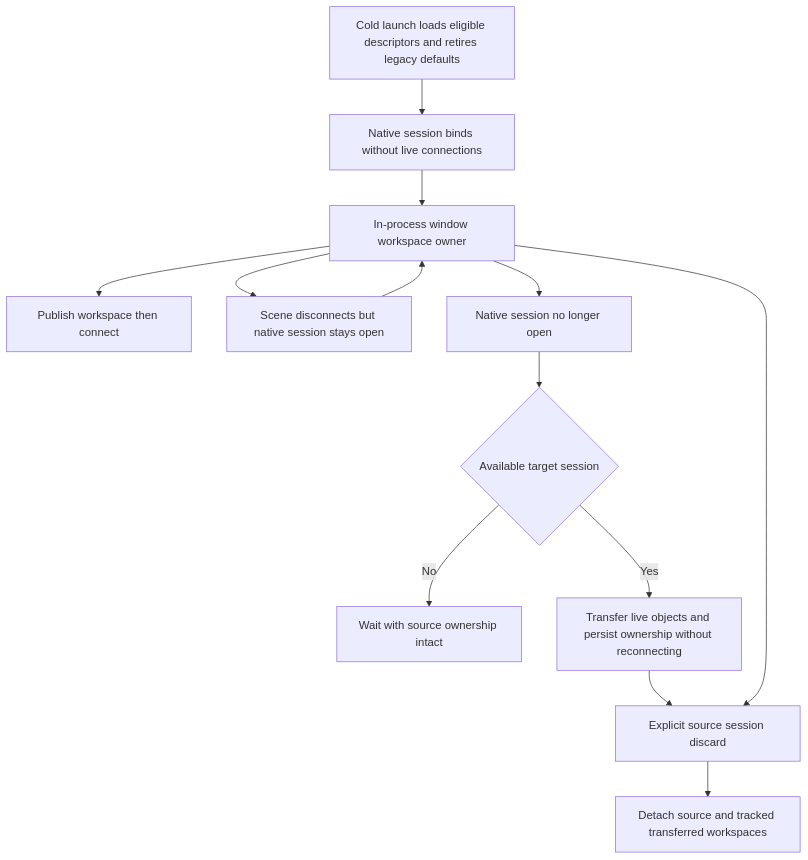
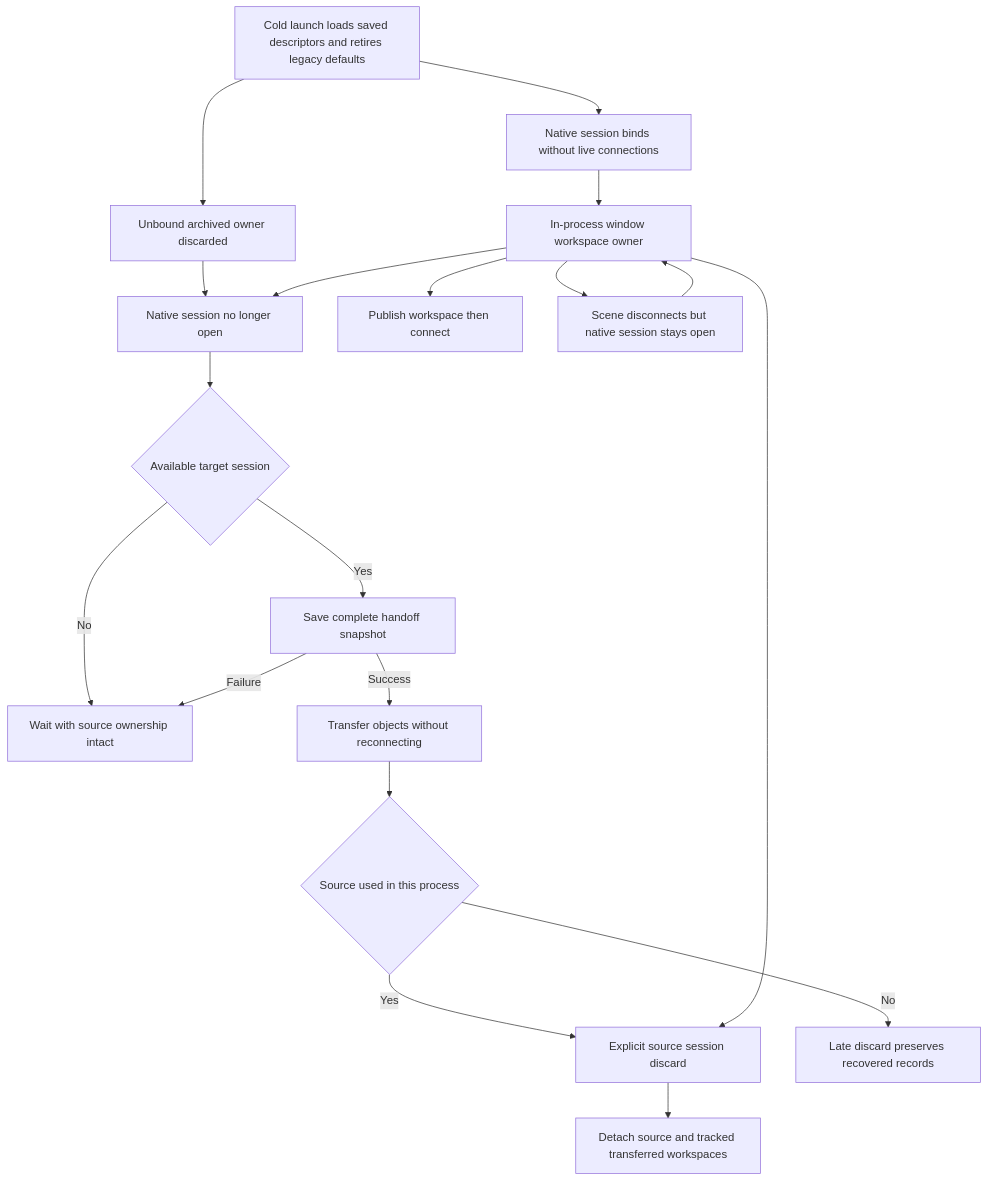
One commit to AkinoKaede/Termind changed the fifth of 7 diagrams in openwiki/architecture/platform-runtime.md. Above: the diagram before and after it, drawn with Mermaid. The commit also changed other lines of this file and 61 other files, not shown here.

````diff
--- a/openwiki/architecture/platform-runtime.md
+++ b/openwiki/architecture/platform-runtime.md
@@ -375,15 +379,21 @@
 ```mermaid
 flowchart TD
-    Cold["Cold launch loads eligible descriptors and retires legacy defaults"] --> Bind["Native session binds without live connections"]
+    Cold["Cold launch loads saved descriptors and retires legacy defaults"] --> Bind["Native session binds without live connections"]
+    Cold --> Archived["Unbound archived owner discarded"]
+    Archived --> Missing
     Bind --> Owner["In-process window workspace owner"]
     Owner --> Open["Publish workspace then connect"]
     Owner --> Reclaim["Scene disconnects but native session stays open"]
     Reclaim --> Owner
     Owner --> Missing["Native session no longer open"]
     Missing --> Check{"Available target session"}
     Check -->|"No"| Wait["Wait with source ownership intact"]
-    Check -->|"Yes"| Target["Transfer live objects and persist ownership without reconnecting"]
-    Target --> Discard["Explicit source session discard"]
+    Check -->|"Yes"| Save["Save complete handoff snapshot"]
+    Save -->|"Failure"| Wait
+    Save -->|"Success"| Target["Transfer objects without reconnecting"]
+    Target --> Used{"Source used in this process"}
+    Used -->|"Yes"| Discard["Explicit source session discard"]
+    Used -->|"No"| Keep["Late discard preserves recovered records"]
     Owner --> Discard
     Discard --> Close["Detach source and tracked transferred workspaces"]
 ```
````
